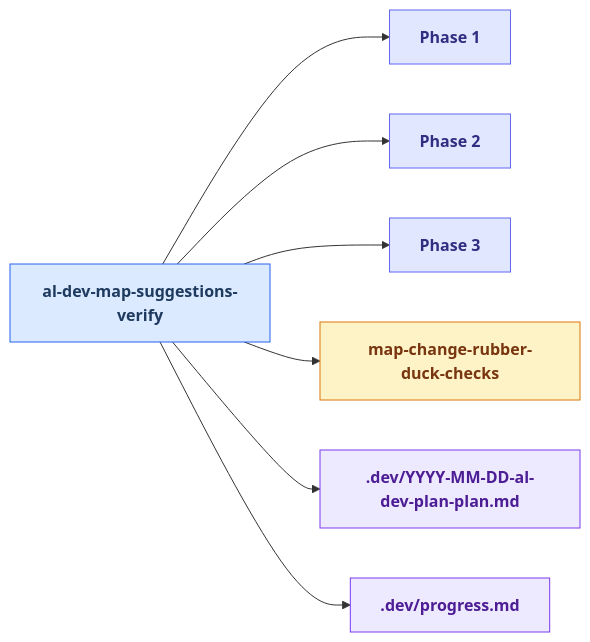
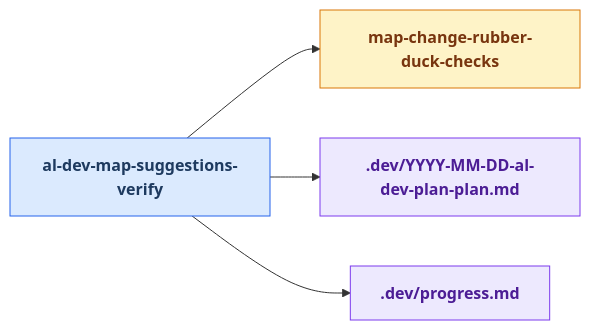
Diagram 24 of 25 in docs/al-dev-skills-map.md (russell-laing/al-dev-shared), drawn with Mermaid before and after one commit. The commit also changed other lines of this file and 7 other files, not shown here.

````diff
--- a/docs/al-dev-skills-map.md
+++ b/docs/al-dev-skills-map.md
@@ -1055,31 +1059,22 @@
 ```mermaid
 flowchart LR
     classDef skillNode fill:#dbeafe,stroke:#2563eb,color:#1e3a5f,font-weight:bold
     classDef agentNode fill:#d1fae5,stroke:#059669,color:#064e3b,font-weight:bold
     classDef knowledgeNode fill:#fef3c7,stroke:#d97706,color:#78350f,font-weight:bold
     classDef artifactNode fill:#ede9fe,stroke:#7c3aed,color:#4c1d95,font-weight:bold
     classDef phaseNode fill:#e0e7ff,stroke:#6366f1,color:#312e81,font-weight:bold
 
     skill_al_dev_map_suggestions_verify[al-dev-map-suggestions-verify]
-    Phase1["Phase 1"]
-    Phase2["Phase 2"]
-    Phase3["Phase 3"]
     knowledge_map_change_rubber_duck_checks_md[map-change-rubber-duck-checks]
     artifact_YYYY_MM_DD_al_dev_plan_plan_md[.dev/YYYY-MM-DD-al-dev-plan-plan.md]
     artifact_progress_md[.dev/progress.md]
 
-    skill_al_dev_map_suggestions_verify --> Phase1
-    skill_al_dev_map_suggestions_verify --> Phase2
-    skill_al_dev_map_suggestions_verify --> Phase3
     skill_al_dev_map_suggestions_verify --> knowledge_map_change_rubber_duck_checks_md
     skill_al_dev_map_suggestions_verify --> artifact_YYYY_MM_DD_al_dev_plan_plan_md
     skill_al_dev_map_suggestions_verify --> artifact_progress_md
 
     class skill_al_dev_map_suggestions_verify skillNode
-    class Phase1 phaseNode
-    class Phase2 phaseNode
-    class Phase3 phaseNode
     class knowledge_map_change_rubber_duck_checks_md knowledgeNode
     class artifact_YYYY_MM_DD_al_dev_plan_plan_md artifactNode
     class artifact_progress_md artifactNode
 ```
````
